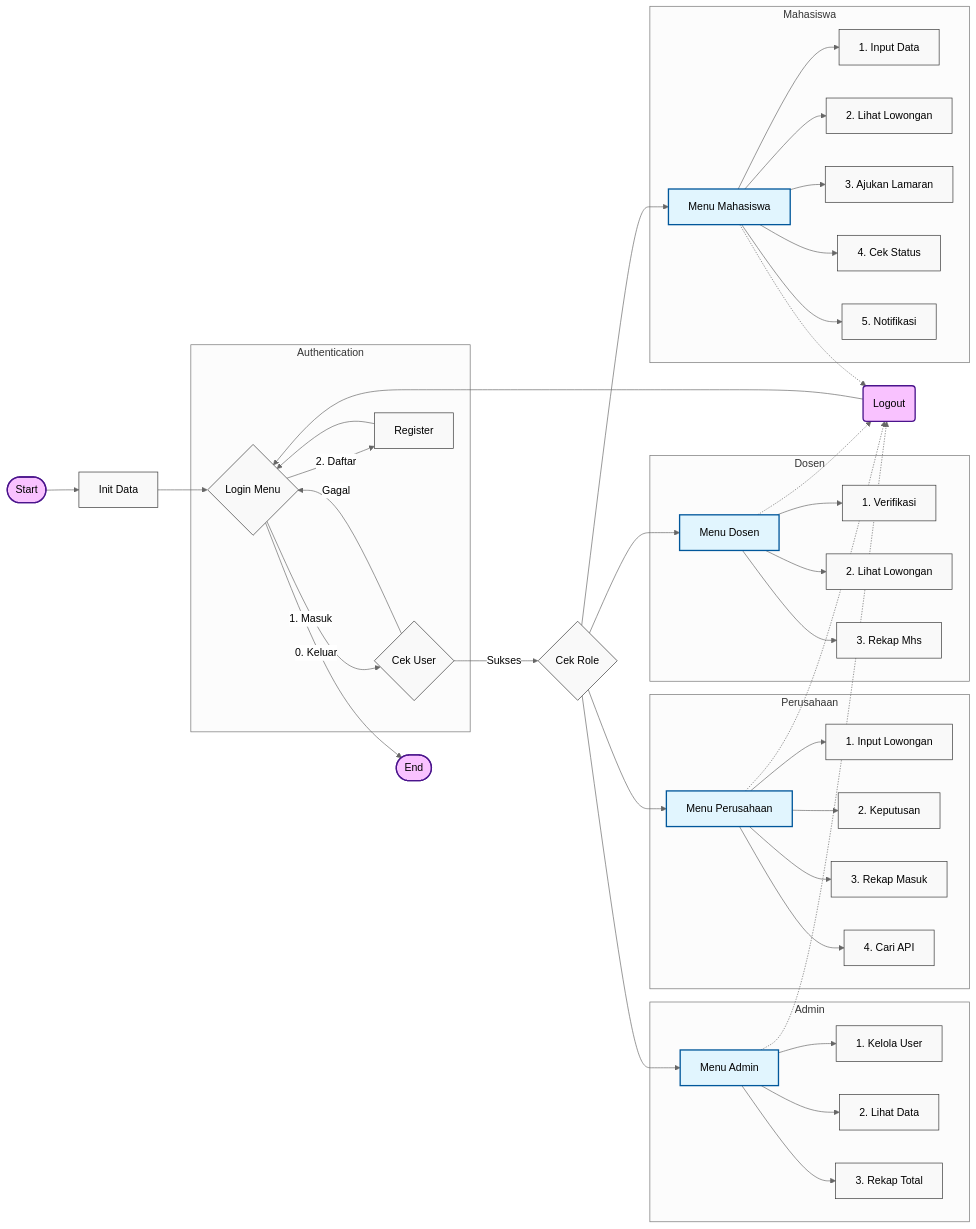
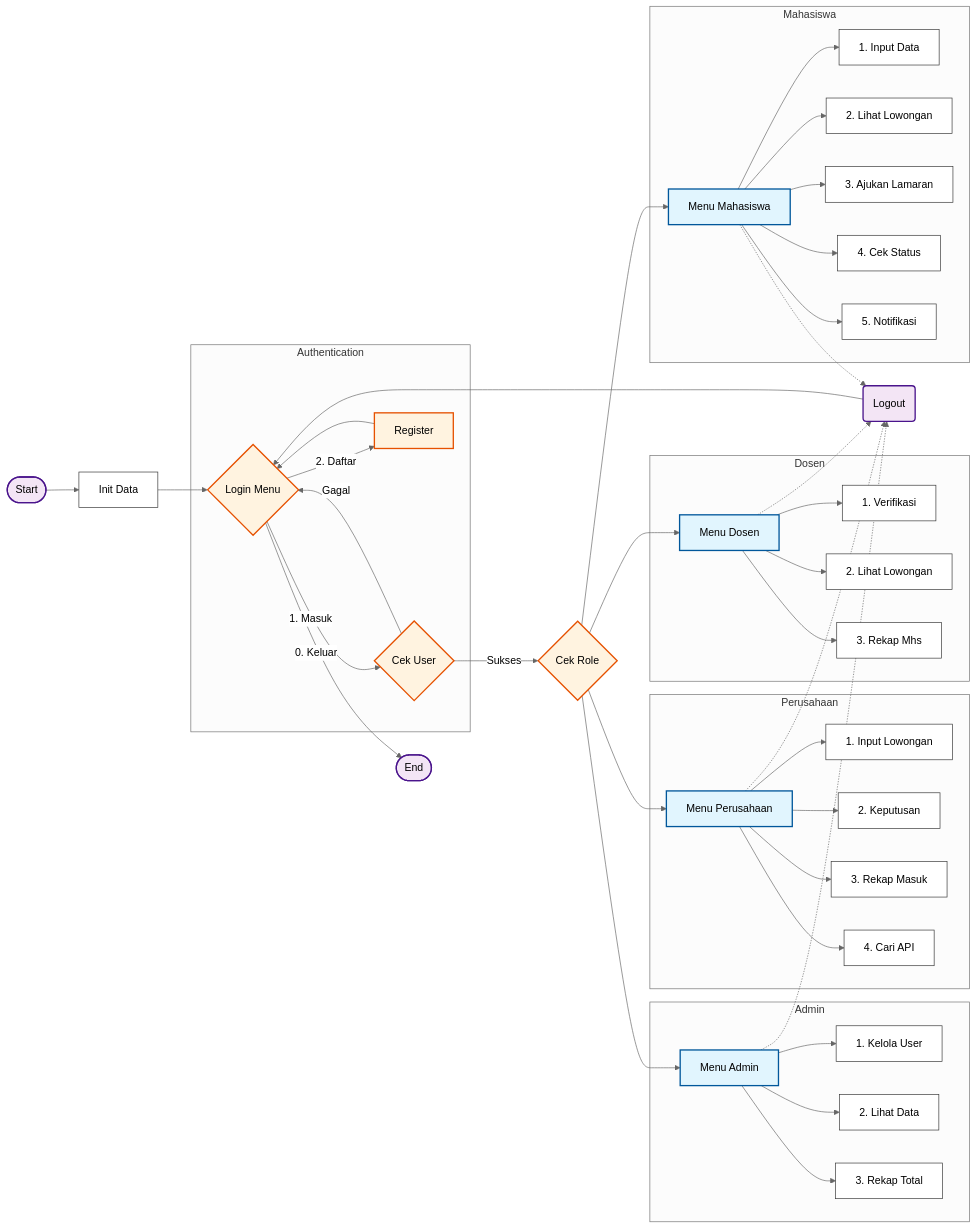
Before and after one commit to Ov3rkill15/tubes-besar: the diagram in README.md, drawn with Mermaid (neutral theme).

````diff
--- a/README.md
+++ b/README.md
@@ -73,64 +73,70 @@
 ```mermaid
 graph LR
-    %% Setup Styling
-    classDef default fill:#f9f9f9,stroke:#333,stroke-width:1px;
-    classDef menu fill:#e1f5fe,stroke:#01579b,stroke-width:2px;
-    classDef term fill:#f9c2ff,stroke:#4a148c,stroke-width:2px;
+    %% Setup Styling High Contrast
+    %% Fill: Background warna kotak
+    %% Stroke: Garis pinggir
+    %% Color: Warna Teks (PENTING: Hitam #000 biar terbaca di kotak terang)
+    
+    classDef default fill:#ffffff,stroke:#333333,stroke-width:1px,color:#000000;
+    classDef menu fill:#e1f5fe,stroke:#01579b,stroke-width:2px,color:#000000;
+    classDef term fill:#f3e5f5,stroke:#4a148c,stroke-width:2px,color:#000000;
+    classDef auth fill:#fff3e0,stroke:#e65100,stroke-width:2px,color:#000000;
 
     %% Main Flow
     Start([Start]) --> Init[Init Data] --> LoginStart{Login Menu}
 
     subgraph Auth_System [Authentication]
         LoginStart -- "1. Masuk" --> Auth{Cek User}
         LoginStart -- "2. Daftar" --> Register[Register] --> LoginStart
         Auth -- "Gagal" --> LoginStart
     end
 
     Auth -- "Sukses" --> RoleCheck{Cek Role}
 
     %% Role Branches (Stacked Vertically in LR mode)
     RoleCheck --> M_Menu
     RoleCheck --> D_Menu
     RoleCheck --> P_Menu
     RoleCheck --> A_Menu
 
     subgraph R_M [Mahasiswa]
         M_Menu[Menu Mahasiswa] --> M1[1. Input Data]
         M_Menu --> M2[2. Lihat Lowongan]
         M_Menu --> M3[3. Ajukan Lamaran]
         M_Menu --> M4[4. Cek Status]
         M_Menu --> M5[5. Notifikasi]
     end
 
     subgraph R_D [Dosen]
         D_Menu[Menu Dosen] --> D1[1. Verifikasi]
         D_Menu --> D2[2. Lihat Lowongan]
         D_Menu --> D3[3. Rekap Mhs]
     end
 
     subgraph R_P [Perusahaan]
         P_Menu[Menu Perusahaan] --> P1[1. Input Lowongan]
         P_Menu --> P2[2. Keputusan]
         P_Menu --> P3[3. Rekap Masuk]
         P_Menu --> P4[4. Cari API]
     end
 
     subgraph R_A [Admin]
         A_Menu[Menu Admin] --> A1[1. Kelola User]
         A_Menu --> A2[2. Lihat Data]
         A_Menu --> A3[3. Rekap Total]
     end
 
     %% Logout Routing
     M_Menu -.-> Logout(Logout)
     D_Menu -.-> Logout
     P_Menu -.-> Logout
     A_Menu -.-> Logout
     
     Logout --> LoginStart
     LoginStart -- "0. Keluar" --> End([End])
 
     %% Apply Styles
     class M_Menu,D_Menu,P_Menu,A_Menu menu;
     class Start,End,Logout term;
+    class LoginStart,Auth,Register,RoleCheck auth;
 ```
````
